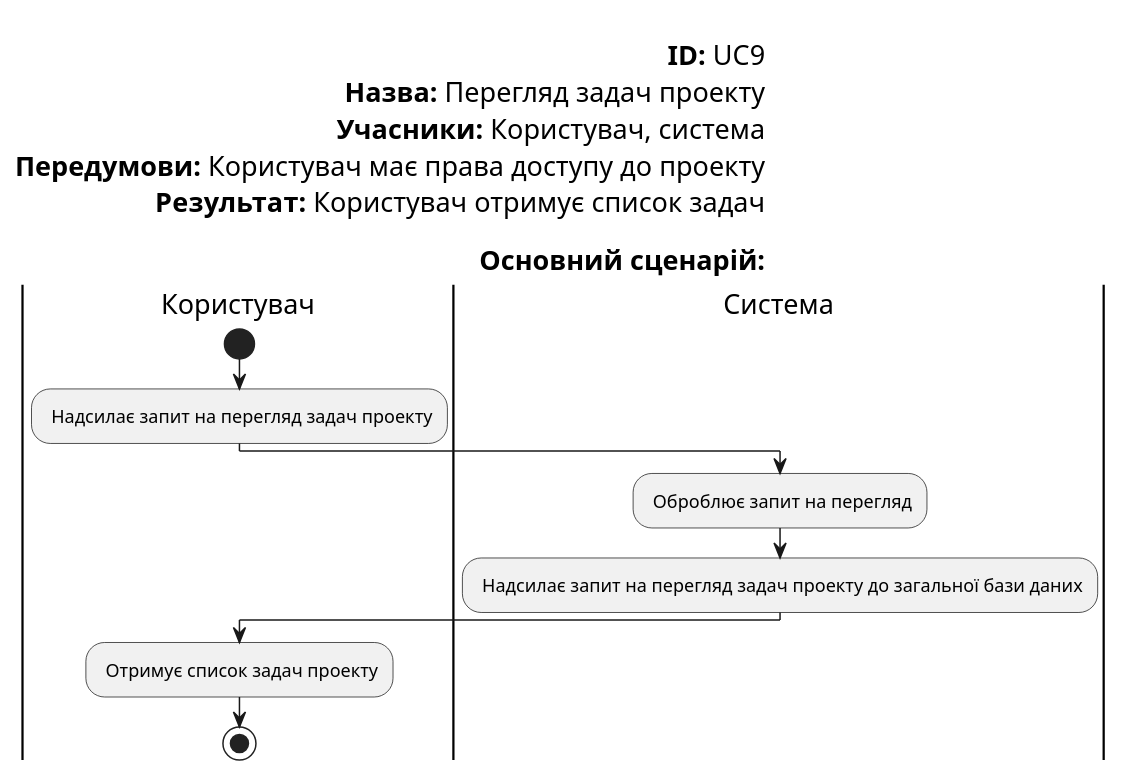
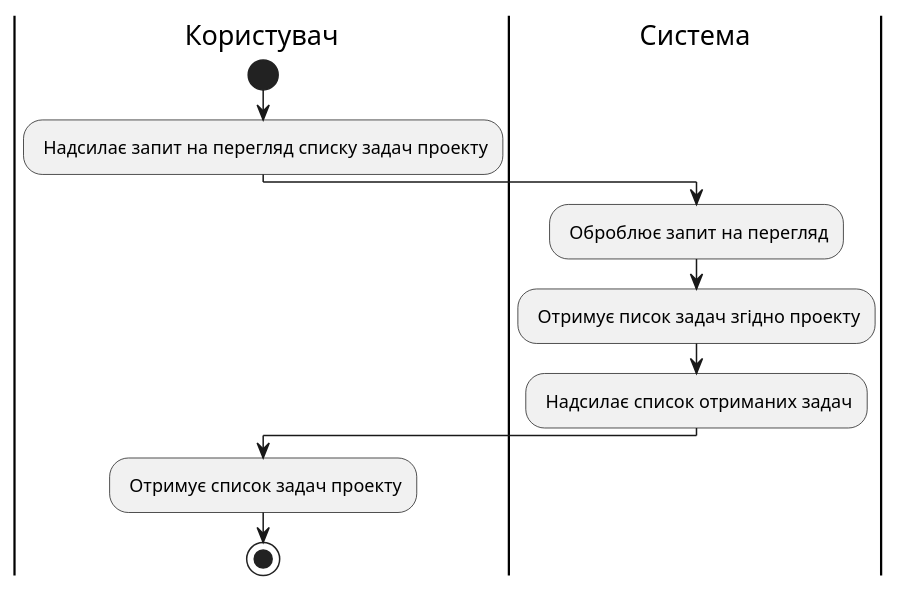
One commit to boldak/database_basics_template changed the diagram in docs/use cases/seeListOfTask.puml. Above: the diagram before and after it, drawn with PlantUML.

```diff
--- a/docs/use cases/seeListOfTask.puml
+++ b/docs/use cases/seeListOfTask.puml
@@ -1,28 +1,19 @@
 @startuml
-    left header
-
-        <font color=000 size=18><b>ID:</b> UC9
-        <font color=000 size=18><b>Назва:</b> Перегляд задач проекту
-        <font color=000 size=18><b>Учасники:</b> Користувач, система
-        <font color=000 size=18><b>Передумови:</b> Користувач має права доступу до проекту
-        <font color=000 size=18><b>Результат:</b> Користувач отримує список задач
-        
-        <font color=000 size=18><b>Основний сценарій:</b>
-    end header
 
     |Користувач|
         start
         
-        : Надсилає запит на перегляд задач проекту;
+        : Надсилає запит на перегляд списку задач проекту;
         
     |Система|
         
         : Оброблює запит на перегляд;
-        : Надсилає запит на перегляд задач проекту до загальної бази даних;
+        : Отримує писок задач згідно проекту;
+        : Надсилає список отриманих задач;
         
     |Користувач|
     
         : Отримує список задач проекту;
         stop;
 
 @enduml
```
